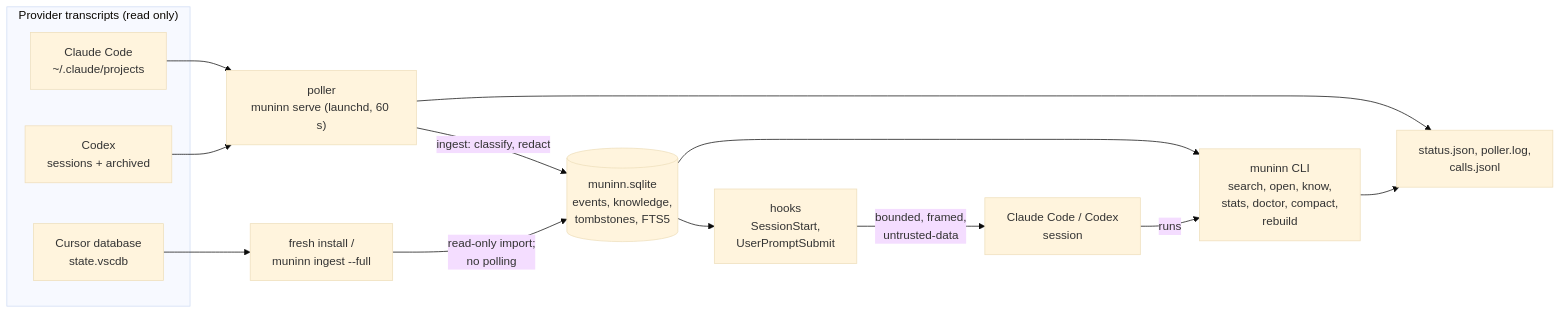
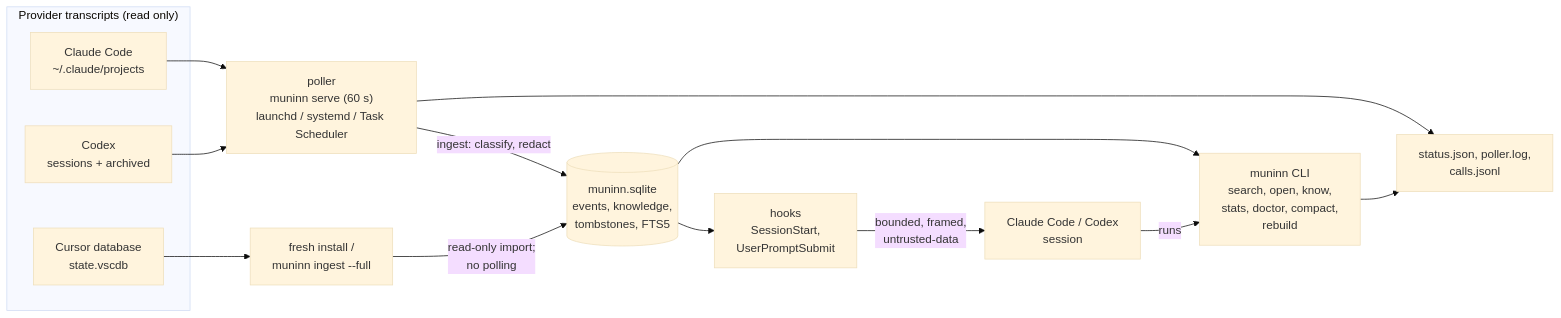
One commit to blueman82/muninn changed the diagram in docs/ARCHITECTURE.md. Above: the diagram before and after it, drawn with Mermaid (base theme). The commit also changed other lines of this file and 1 other file, not shown here.

````diff
--- a/docs/ARCHITECTURE.md
+++ b/docs/ARCHITECTURE.md
@@ -3,26 +3,26 @@
 ```mermaid
 flowchart LR
   subgraph Providers["Provider transcripts (read only)"]
     CC["Claude Code<br/>~/.claude/projects"]
     CX["Codex<br/>sessions + archived"]
     CUR["Cursor database<br/>state.vscdb"]
   end
-  P["poller<br/>muninn serve (launchd, 60 s)"]
+  P["poller<br/>muninn serve (60 s)<br/>launchd / systemd / Task Scheduler"]
   CI["fresh install /<br/>muninn ingest --full"]
   DB[("muninn.sqlite<br/>events, knowledge,<br/>tombstones, FTS5")]
   CLI["muninn CLI<br/>search, open, know,<br/>stats, doctor, compact,<br/>rebuild"]
   H["hooks<br/>SessionStart,<br/>UserPromptSubmit"]
   A["Claude Code / Codex<br/>session"]
   L["status.json, poller.log,<br/>calls.jsonl"]
   CC --> P
   CX --> P
   P -->|"ingest: classify, redact"| DB
   CUR --> CI
   CI -->|"read-only import;<br/>no polling"| DB
   P --> L
   DB --> CLI
   DB --> H
   H -->|"bounded, framed,<br/>untrusted-data"| A
   A -->|"runs"| CLI
   CLI --> L
 ```
````
